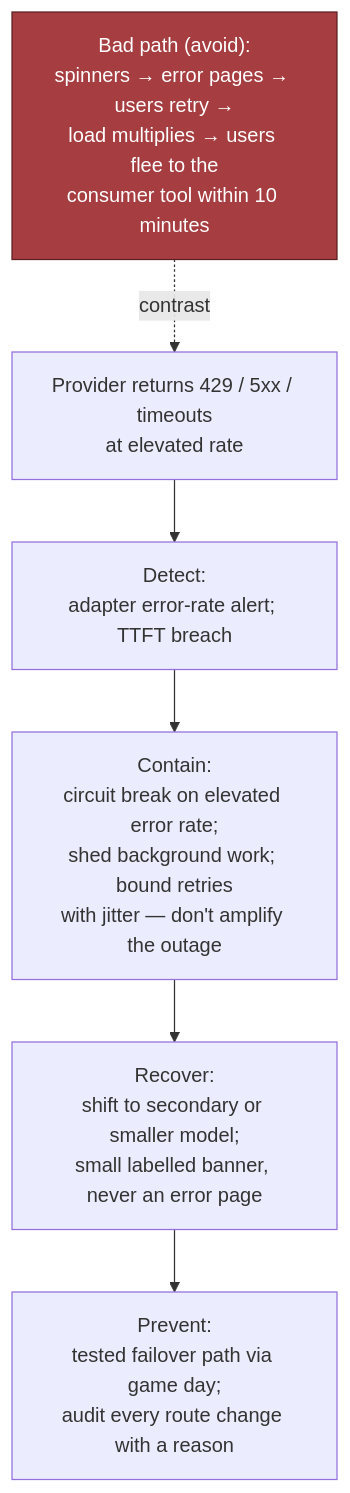
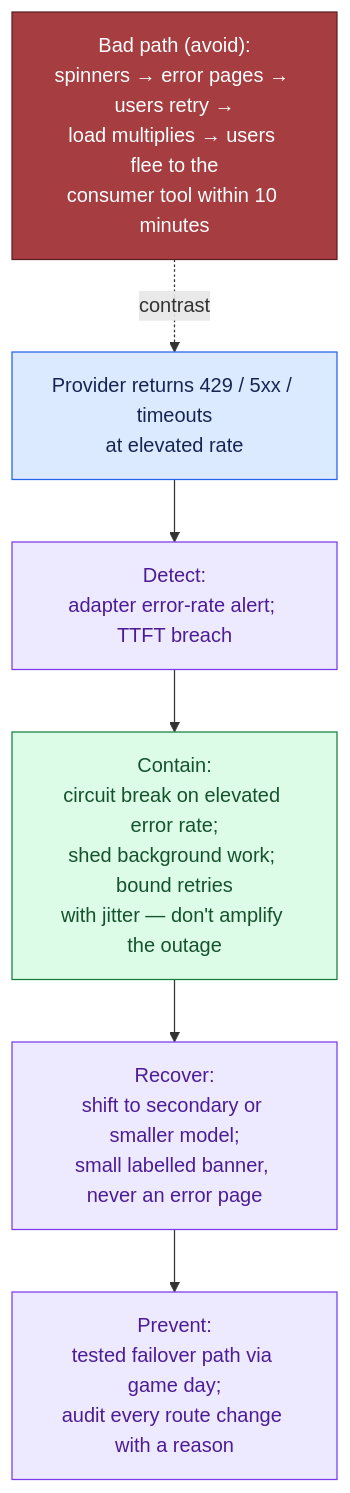
The fifth of 5 diagrams in 02_System_Design_Case_Studies/Standalone_Designs/26_Enterprise_Chatbot_Platform/3_Tutorial/26_Tutorial_Part_3.md (Sourav692/Forward-Deployed-Engineer-Interview-Prep), drawn with Mermaid before and after one commit. The commit also changed other lines of this file and 1268 other files, not shown here.

First line of the commit message:
content: polish Casebook writing and Mermaid diagrams (#251)

````diff
--- a/02_System_Design_Case_Studies/Standalone_Designs/26_Enterprise_Chatbot_Platform/3_Tutorial/26_Tutorial_Part_3.md
+++ b/02_System_Design_Case_Studies/Standalone_Designs/26_Enterprise_Chatbot_Platform/3_Tutorial/26_Tutorial_Part_3.md
@@ -256,9 +288,17 @@
 ```mermaid
 flowchart TD
     A["Provider returns 429 / 5xx / timeouts\nat elevated rate"] --> B["Detect:\nadapter error-rate alert; TTFT breach"]
     B --> C["Contain:\ncircuit break on elevated error rate;\nshed background work; bound retries\nwith jitter — don't amplify the outage"]
     C --> D["Recover:\nshift to secondary or smaller model;\nsmall labelled banner, never an error page"]
     D --> E["Prevent:\ntested failover path via game day;\naudit every route change with a reason"]
     F["Bad path (avoid):\nspinners → error pages → users retry →\nload multiplies → users flee to the\nconsumer tool within 10 minutes"] -.->|"contrast"| A
     style F fill:#a63d40,stroke:#5c1f22,color:#fff
+
+    %% Casebook colours: entry, reasoning, results, controls, and stopped paths.
+    classDef cbInput fill:#dbeafe,stroke:#2563eb,color:#172554
+    class A cbInput
+    classDef cbReason fill:#ede9fe,stroke:#7c3aed,color:#4c1d95
+    class B,D,E,F cbReason
+    classDef cbAction fill:#dcfce7,stroke:#15803d,color:#14532d
+    class C cbAction
 ```
````
